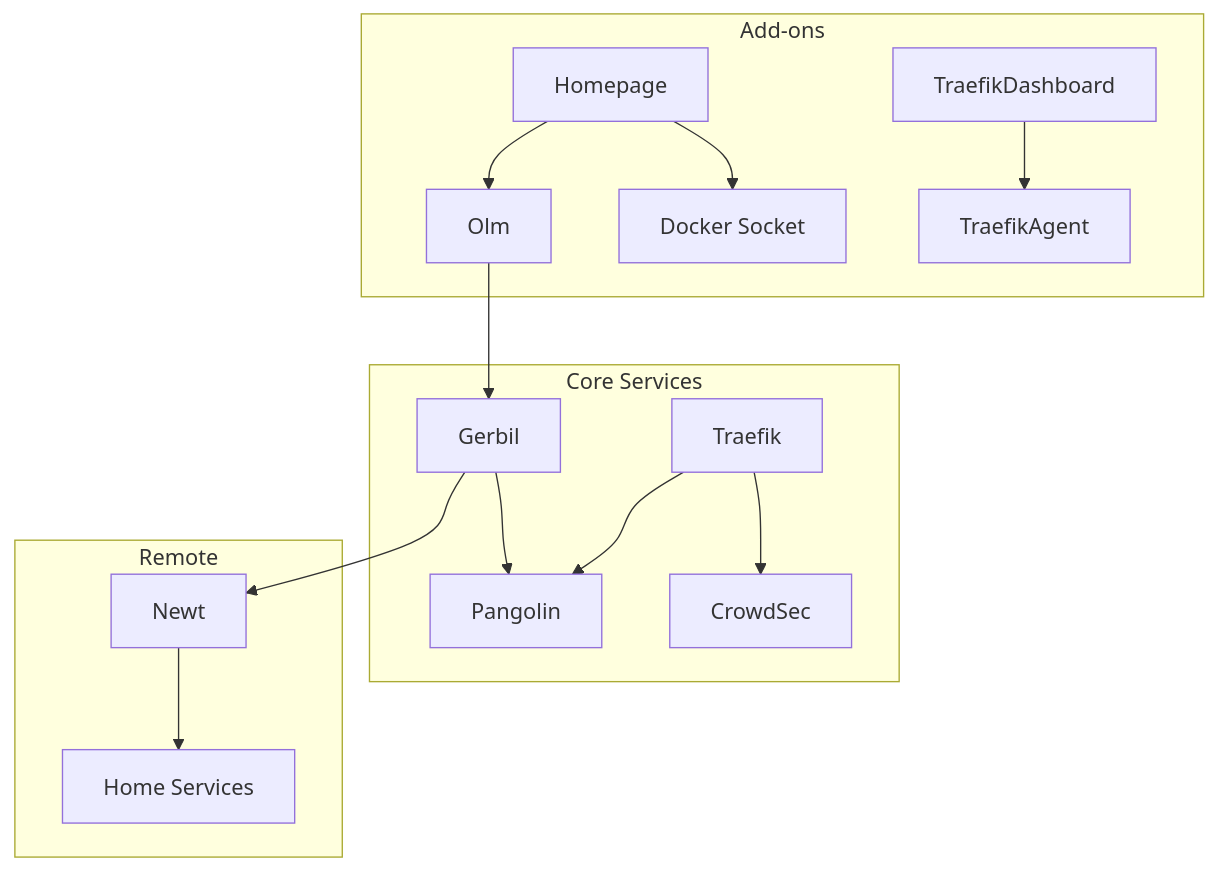
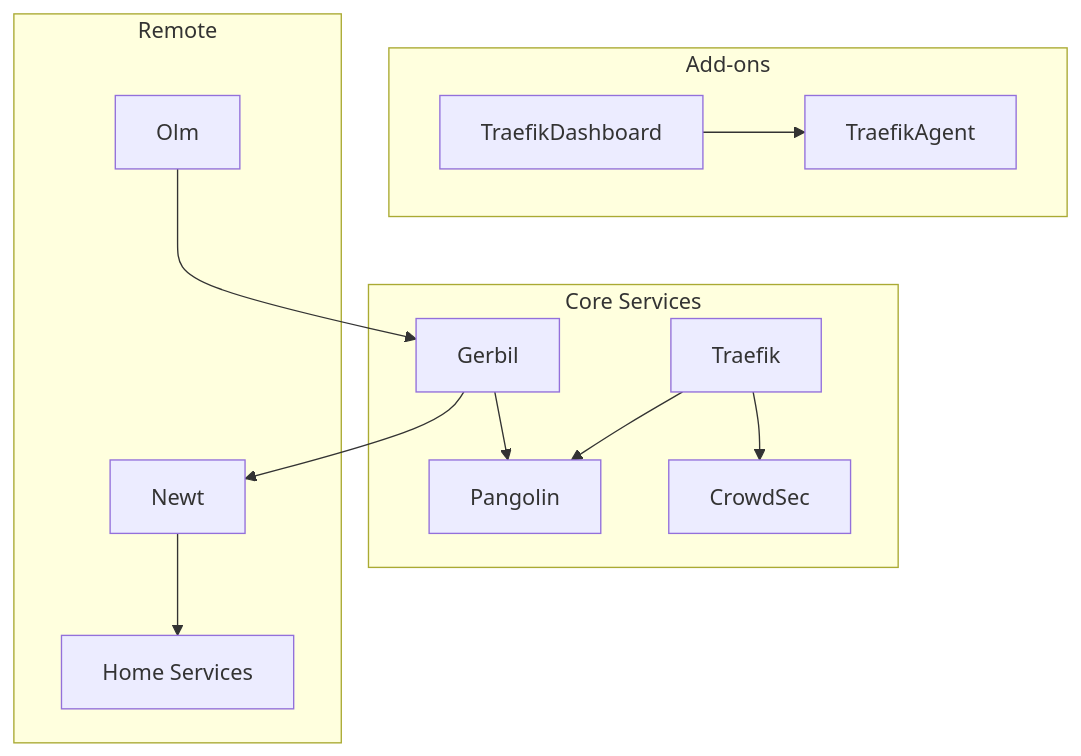
Before and after one commit to LostBoxArt/pangolin-stack: the diagram in INFRASTRUCTURE.md, drawn with Mermaid. The commit also changed other lines of this file and 4 other files, not shown here.

````diff
--- a/INFRASTRUCTURE.md
+++ b/INFRASTRUCTURE.md
@@ -55,20 +54,20 @@
 ```mermaid
 graph TD
     subgraph "Core Services"
         Traefik --> Pangolin
         Traefik --> CrowdSec
         Gerbil --> Pangolin
     end
     
     subgraph "Add-ons"
-        Homepage --> Olm
-        Homepage --> Docker[Docker Socket]
+
+
         TraefikDashboard --> TraefikAgent
     end
     
     subgraph "Remote"
         Olm --> Gerbil
         Gerbil --> Newt
         Newt --> HomeServices[Home Services]
     end
 ```
````
